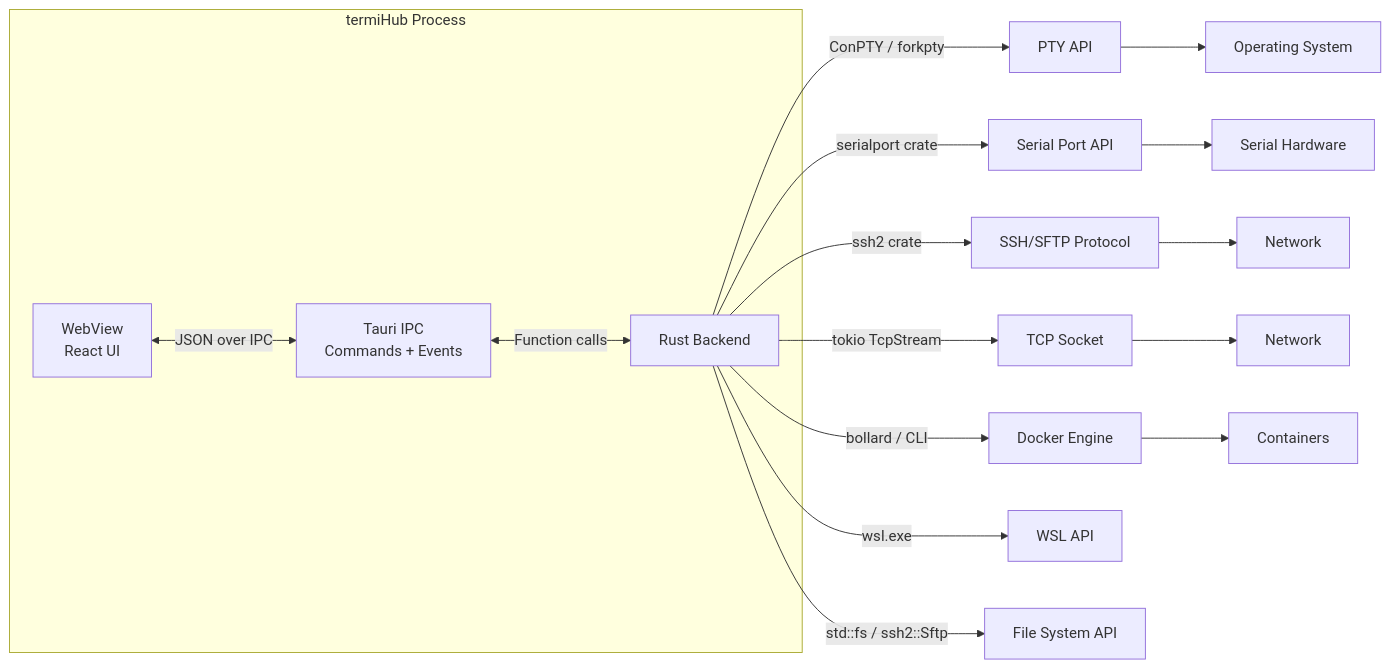
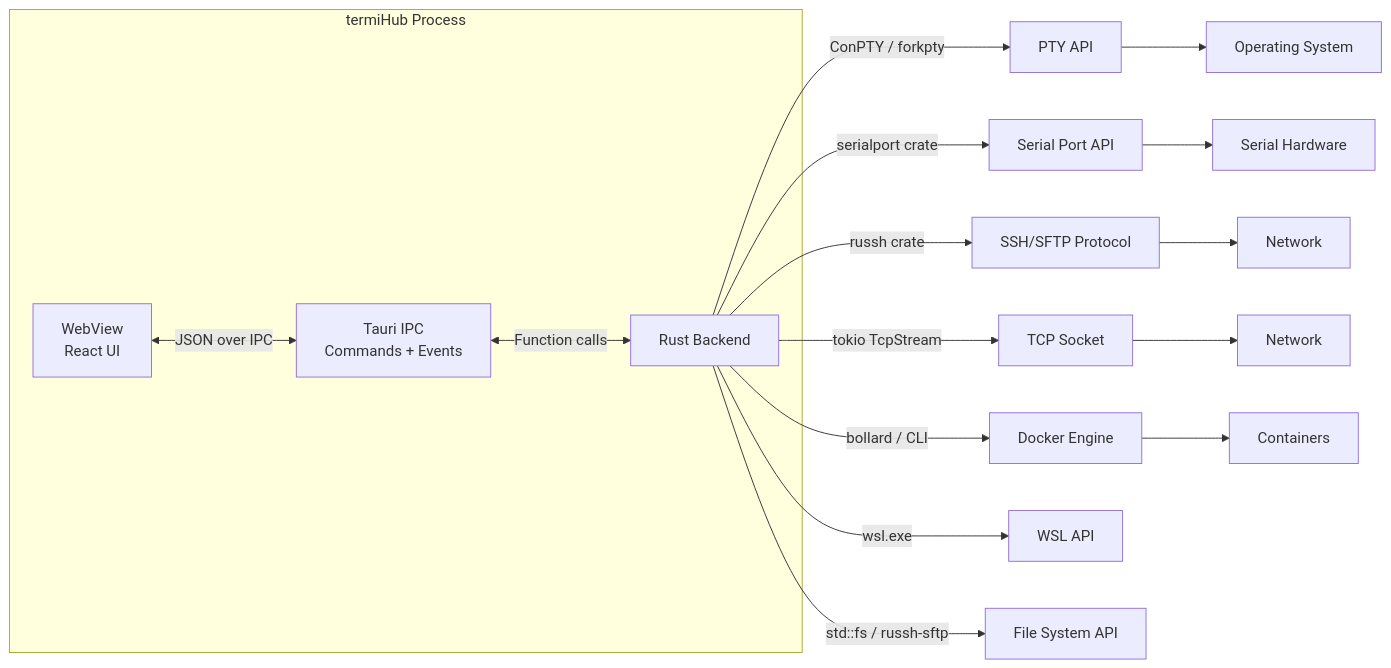
The second of 26 diagrams in docs/architecture.md (armaxri/termiHub), drawn with Mermaid before and after one commit. The commit also changed other lines of this file, not shown here.

First line of the commit message:
docs(ssh): update architecture ssh stack from ssh2/libssh2 to russh

````diff
--- a/docs/architecture.md
+++ b/docs/architecture.md
@@ -148,25 +148,25 @@
 ```mermaid
 graph LR
     subgraph "termiHub Process"
         WV[WebView<br/>React UI]
         IPC[Tauri IPC<br/>Commands + Events]
         RUST[Rust Backend]
     end
 
     WV <-->|JSON over IPC| IPC
     IPC <-->|Function calls| RUST
 
     RUST -->|ConPTY / forkpty| PTY[PTY API]
     RUST -->|serialport crate| SERIAL_API[Serial Port API]
-    RUST -->|ssh2 crate| SSH_API[SSH/SFTP Protocol]
+    RUST -->|russh crate| SSH_API[SSH/SFTP Protocol]
     RUST -->|tokio TcpStream| TELNET_API[TCP Socket]
     RUST -->|bollard / CLI| DOCKER_API[Docker Engine]
     RUST -->|wsl.exe| WSL_API[WSL API]
-    RUST -->|std::fs / ssh2::Sftp| FS_API[File System API]
+    RUST -->|std::fs / russh-sftp| FS_API[File System API]
 
     PTY --> OS[Operating System]
     SERIAL_API --> HW[Serial Hardware]
     SSH_API --> NET1[Network]
     TELNET_API --> NET2[Network]
     DOCKER_API --> CONTAINERS[Containers]
 ```
````
